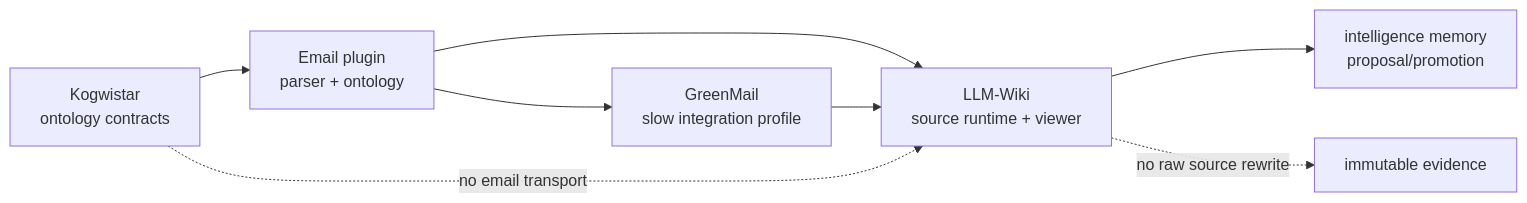
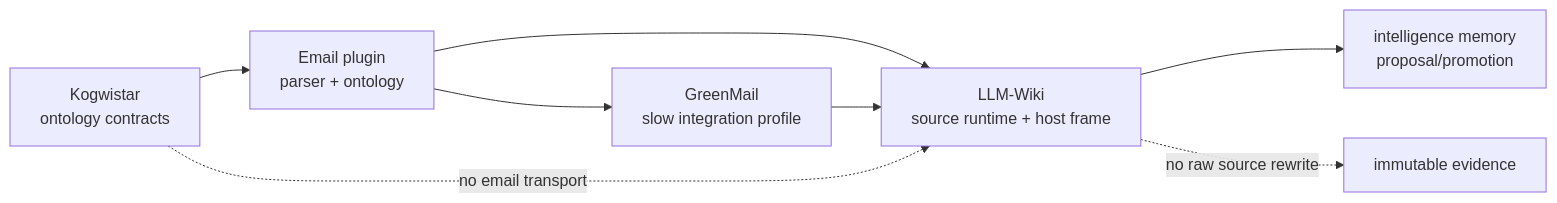
One commit to humblemat810/kogwistar-llm-wiki changed the first of 2 diagrams in doc/composable_ontology_email_implementation_plan.md. Above: the diagram before and after it, drawn with Mermaid. The commit also changed other lines of this file and 21 other files, not shown here.

Commit message:
refactor: host email viewer through plugin boundary

````diff
--- a/doc/composable_ontology_email_implementation_plan.md
+++ b/doc/composable_ontology_email_implementation_plan.md
@@ -10,10 +10,10 @@
 ```mermaid
 flowchart LR
     CORE["Kogwistar\nontology contracts"] --> PLUGIN["Email plugin\nparser + ontology"]
-    PLUGIN --> RUNTIME["LLM-Wiki\nsource runtime + viewer"]
+    PLUGIN --> RUNTIME["LLM-Wiki\nsource runtime + host frame"]
     RUNTIME --> MEMORY["intelligence memory\nproposal/promotion"]
     PLUGIN --> GREENMAIL["GreenMail\nslow integration profile"]
     GREENMAIL --> RUNTIME
     CORE -. no email transport .-> RUNTIME
     RUNTIME -. no raw source rewrite .-> EVIDENCE["immutable evidence"]
 ```
````
